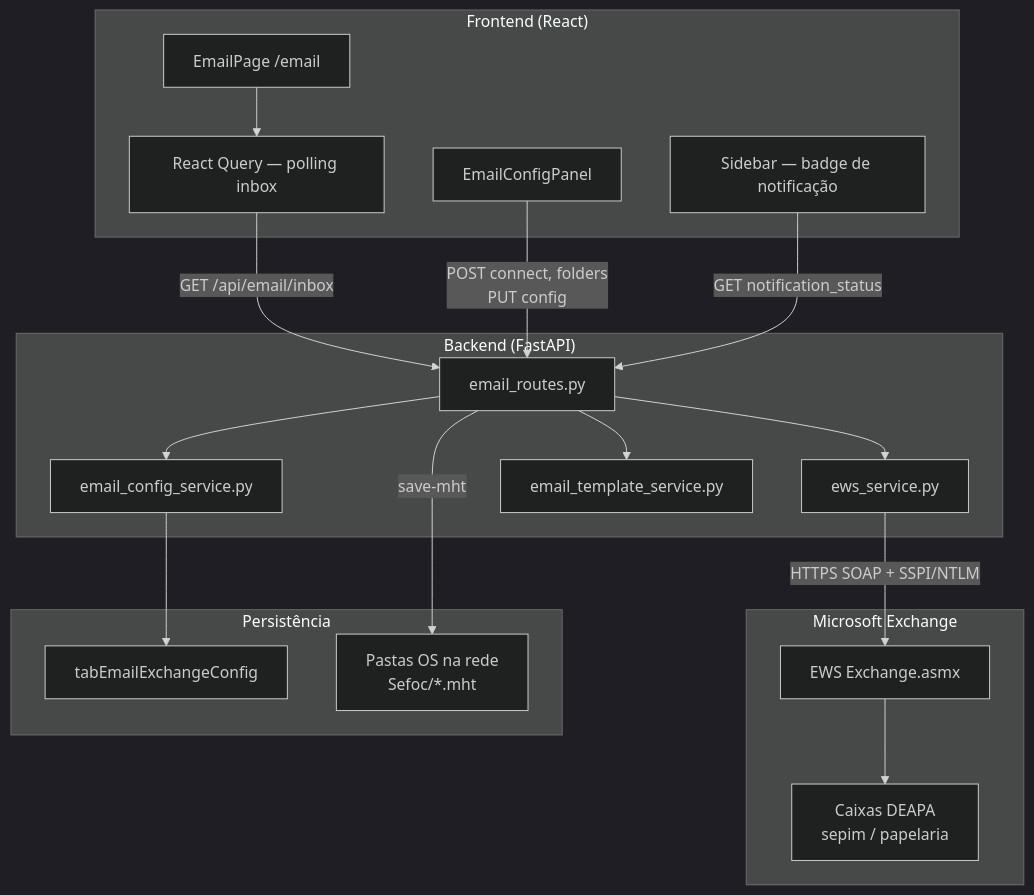
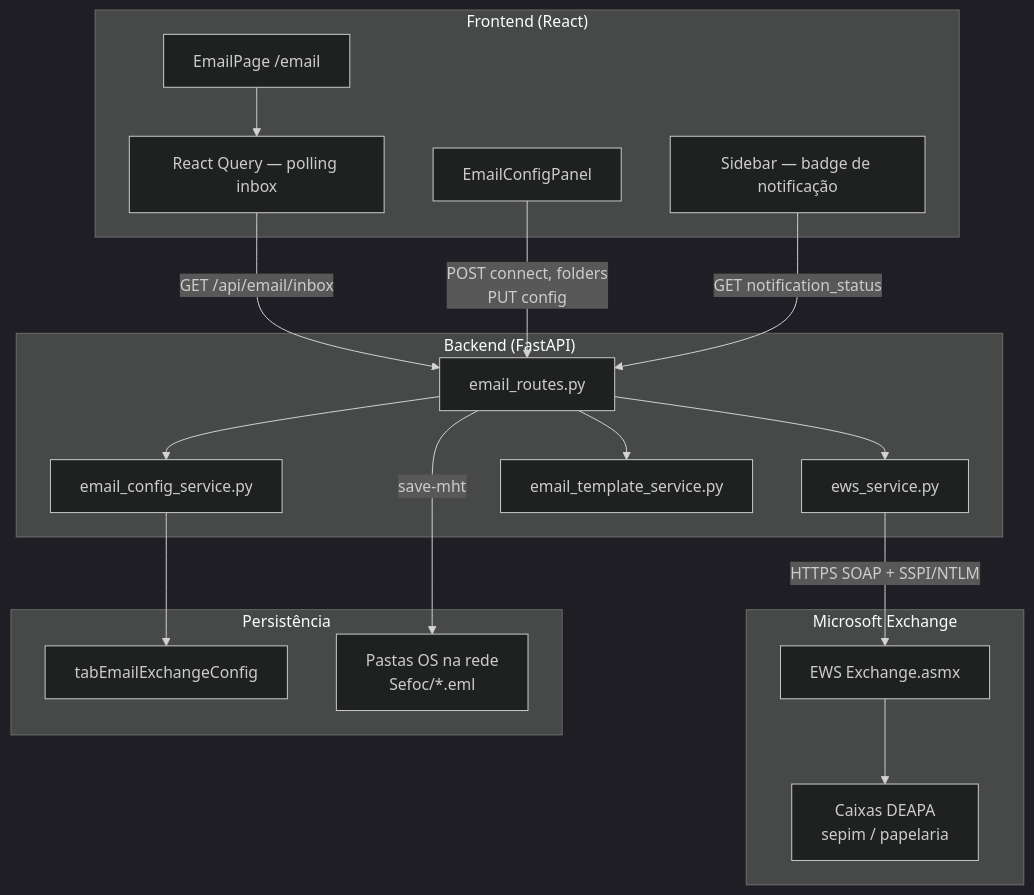
Before and after one commit to LucasNangell/sagraweb: the diagram in docs/EMAIL_EWS_ENVIO_E_MONITORAMENTO.md, drawn with Mermaid (dark theme). The commit also changed other lines of this file and 10 other files, not shown here.

````diff
--- a/docs/EMAIL_EWS_ENVIO_E_MONITORAMENTO.md
+++ b/docs/EMAIL_EWS_ENVIO_E_MONITORAMENTO.md
@@ -32,41 +32,41 @@
 ```mermaid
 flowchart TB
     subgraph Frontend["Frontend (React)"]
         EmailPage["EmailPage /email"]
         ConfigPanel["EmailConfigPanel"]
         Sidebar["Sidebar — badge de notificação"]
         Poll["React Query — polling inbox"]
     end
 
     subgraph Backend["Backend (FastAPI)"]
         Routes["email_routes.py"]
         ConfigSvc["email_config_service.py"]
         EWSSvc["ews_service.py"]
         Templates["email_template_service.py"]
     end
 
     subgraph Exchange["Microsoft Exchange"]
         EWS["EWS Exchange.asmx"]
         Mailboxes["Caixas DEAPA\nsepim / papelaria"]
     end
 
     subgraph Storage["Persistência"]
         MySQL["tabEmailExchangeConfig"]
-        UNC["Pastas OS na rede\nSefoc/*.mht"]
+        UNC["Pastas OS na rede\nSefoc/*.eml"]
     end
 
     EmailPage --> Poll
     Poll -->|"GET /api/email/inbox"| Routes
     ConfigPanel -->|"POST connect, folders\nPUT config"| Routes
     Sidebar -->|"GET notification_status"| Routes
 
     Routes --> ConfigSvc
     Routes --> EWSSvc
     Routes --> Templates
     ConfigSvc --> MySQL
 
     EWSSvc -->|"HTTPS SOAP + SSPI/NTLM"| EWS
     EWS --> Mailboxes
 
     Routes -->|"save-mht"| UNC
 ```
````
